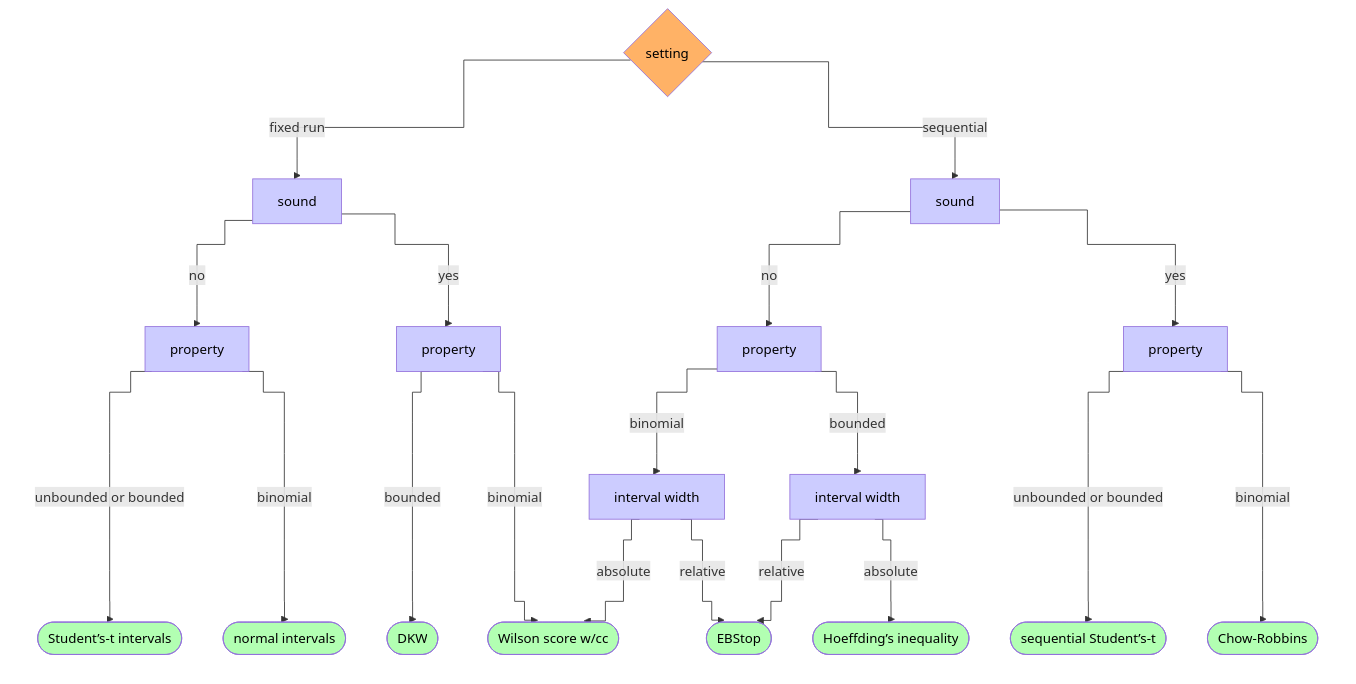
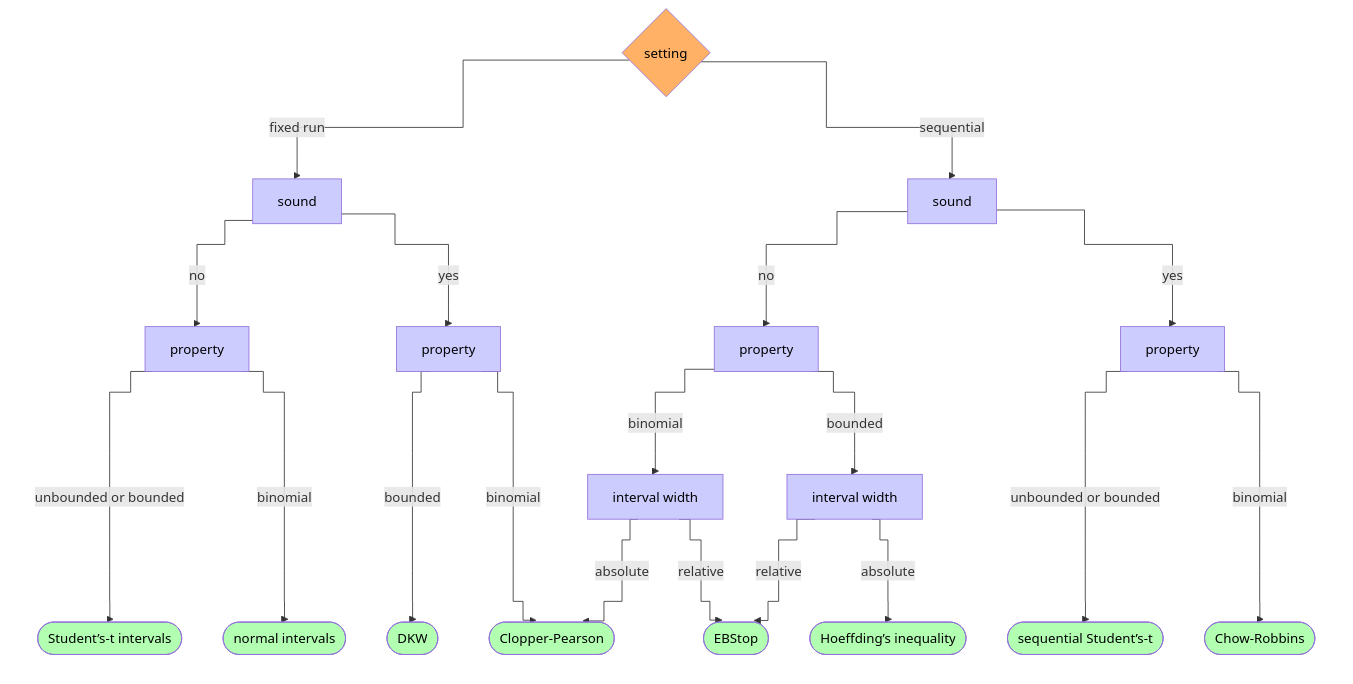
The diagram in README.md (neuro-mechanistic-modeling/PyDSMC), drawn with Mermaid before and after one commit. The commit also changed other lines of this file and 26 other files, not shown here.

````diff
--- a/README.md
+++ b/README.md
@@ -113,66 +130,66 @@
 ```mermaid
 %%{ init: { 'flowchart': { 'curve': 'step' } } }%%
 flowchart TD;
   classDef sm fill:#b2ffb2,color:#000000
   classDef dec fill:#ccccff,color:#000000
 
   A{"setting"} -->|fixed run| B["sound"]:::dec
   style A fill:#ffb266,color:#000
   A -->|sequential| C["sound"]:::dec
 
   B -->|no| D["property"]:::dec
   B -->|yes| E["property"]:::dec
 
   D -->|unbounded or bounded| F(["Student’s-t intervals"]):::sm
   D -->|binomial| G(["normal intervals"]):::sm
 
   E -->|bounded| I(["DKW"]):::sm
-  E -->|binomial| J(["Wilson score w/cc"]):::sm
+  E -->|binomial| J(["Clopper-Pearson"]):::sm
 
   C -->|no| K["property"]:::dec
   C -->|yes| L["property"]:::dec
 
   K -->|binomial| M["interval width"]:::dec
   K -->|bounded| N["interval width"]:::dec
 
   M -->|absolute| J
   M -->|relative| O(["EBStop"]):::sm
 
   N -->|absolute| Q(["Hoeffding’s inequality"]):::sm
   N -->|relative| O
   L -->|unbounded or bounded| R(["sequential Student’s-t"]):::sm
   L -->|binomial| S(["Chow-Robbins"]):::sm
 
   subgraph iw[" "]
     M
     N
   end
 
   subgraph prop[" "]
     D
     E
     K
     L
   end
 
   subgraph sound[" "]
     B
     C
   end
 
   subgraph StatMethod[" "]
     I
     J
     G
     F
     O
     Q
     R
     S
   end
 
   style StatMethod fill:none,stroke:none,heading:none;
   style sound fill:none,stroke:none,heading:none;
   style prop fill:none,stroke:none,heading:none;
   style iw fill:none,stroke:none,heading:none;
 ```
````
